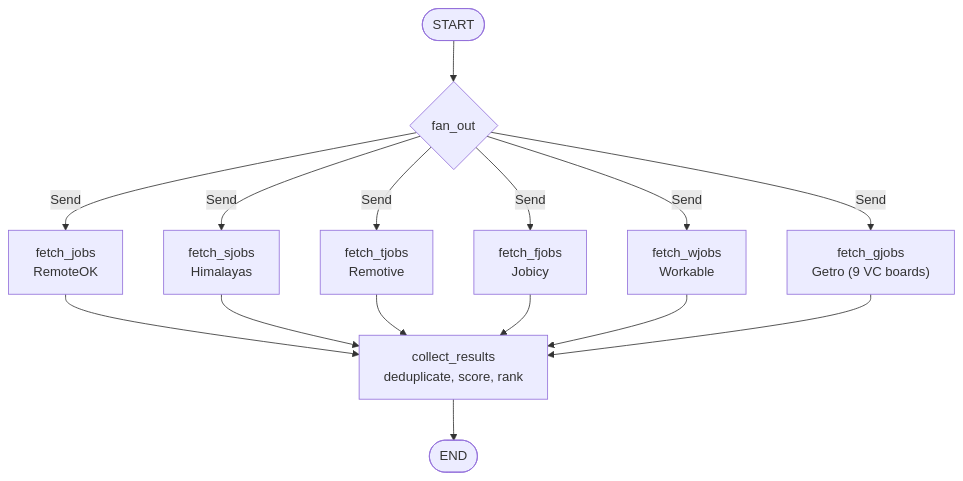
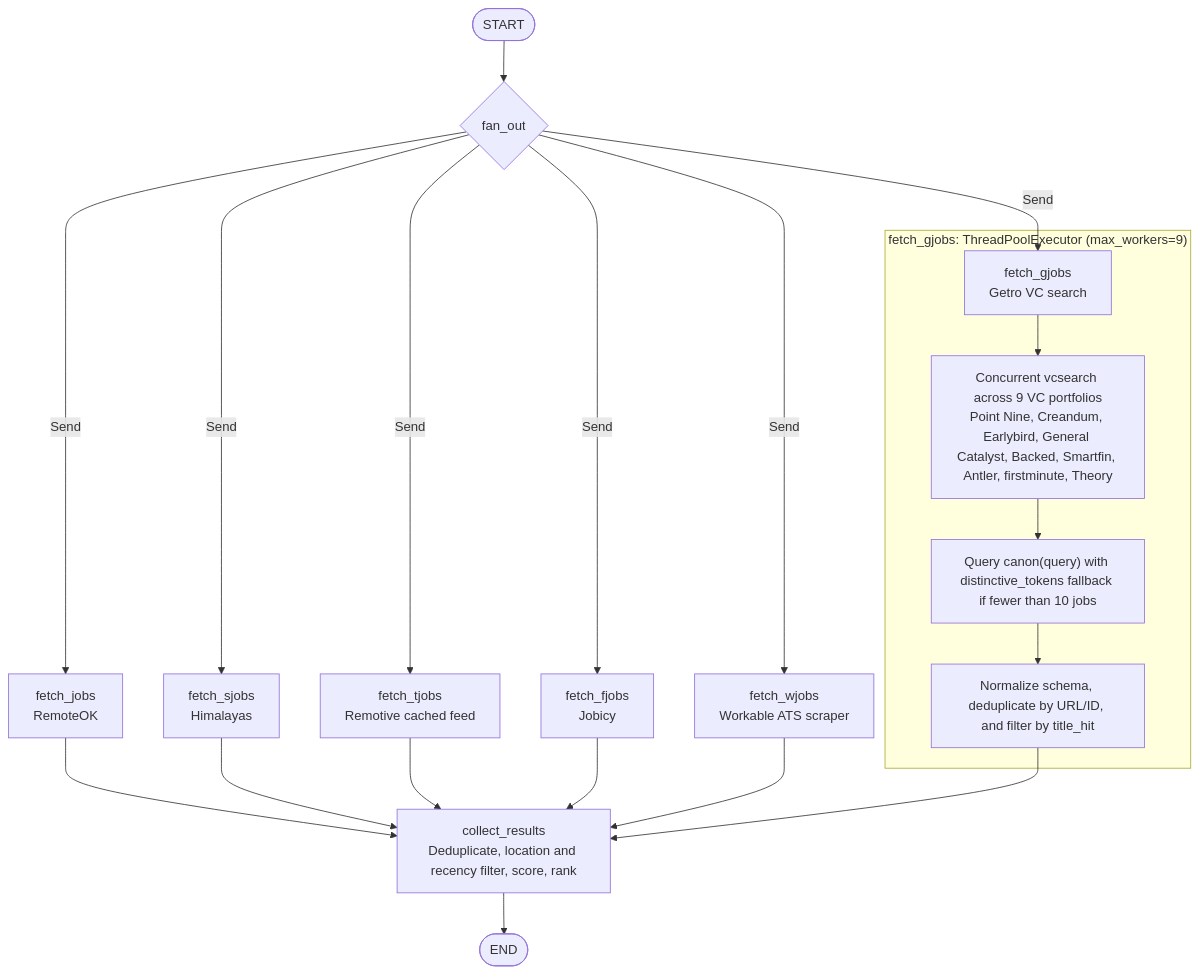
Before and after one commit to tsouk88/job-search-agent: the diagram in openwiki/architecture/agent-graph.md, drawn with Mermaid. The commit also changed other lines of this file and 36 other files, not shown here.

````diff
--- a/openwiki/architecture/agent-graph.md
+++ b/openwiki/architecture/agent-graph.md
@@ -58,17 +68,26 @@
 ```mermaid
 flowchart TD
-    START([START]) --> fan_out{fan_out}
+    graph_start([START]) --> fan_out{fan_out}
+
     fan_out -->|Send| fetch_jobs["fetch_jobs\nRemoteOK"]
     fan_out -->|Send| fetch_sjobs["fetch_sjobs\nHimalayas"]
-    fan_out -->|Send| fetch_tjobs["fetch_tjobs\nRemotive"]
+    fan_out -->|Send| fetch_tjobs["fetch_tjobs\nRemotive cached feed"]
     fan_out -->|Send| fetch_fjobs["fetch_fjobs\nJobicy"]
-    fan_out -->|Send| fetch_wjobs["fetch_wjobs\nWorkable"]
-    fan_out -->|Send| fetch_gjobs["fetch_gjobs\nGetro (9 VC boards)"]
-    fetch_jobs --> collect_results["collect_results\ndeduplicate, score, rank"]
+    fan_out -->|Send| fetch_wjobs["fetch_wjobs\nWorkable ATS scraper"]
+    fan_out -->|Send| fetch_gjobs_entry["fetch_gjobs\nGetro VC search"]
+
+    subgraph gjobs_pool ["fetch_gjobs: ThreadPoolExecutor (max_workers=9)"]
+        fetch_gjobs_entry --> vc_exec["Concurrent vcsearch across 9 VC portfolios\nPoint Nine, Creandum, Earlybird, General Catalyst, Backed, Smartfin, Antler, firstminute, Theory"]
+        vc_exec --> vc_fb["Query canon(query) with distinctive_tokens fallback if fewer than 10 jobs"]
+        vc_fb --> vc_norm["Normalize schema, deduplicate by URL/ID, and filter by title_hit"]
+    end
+
+    fetch_jobs --> collect_results["collect_results\nDeduplicate, location and recency filter, score, rank"]
     fetch_sjobs --> collect_results
     fetch_tjobs --> collect_results
     fetch_fjobs --> collect_results
     fetch_wjobs --> collect_results
-    fetch_gjobs --> collect_results
-    collect_results --> END([END])
+    vc_norm --> collect_results
+
+    collect_results --> graph_end([END])
 ```
````
